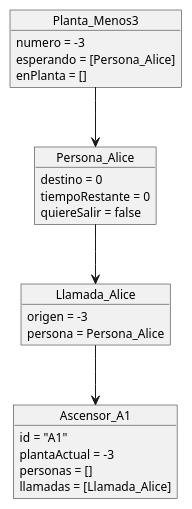
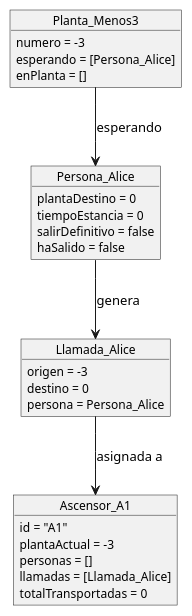
The diagram in modelosUML/MdD/DiagramaObjetos/DiagramaObjetos.puml (celiabecerril/24-25-IdSw2-SDD), drawn with PlantUML before and after one commit. The commit also changed 10 other files, not shown here.

```diff
--- a/modelosUML/MdD/DiagramaObjetos/DiagramaObjetos.puml
+++ b/modelosUML/MdD/DiagramaObjetos/DiagramaObjetos.puml
@@ -1,33 +1,37 @@
 @startuml
 ' =========================
 ' Diagrama de Objetos
 ' =========================
 hide empty members
 hide circle
 skinparam objectFontSize 12
 
 object Planta_Menos3 {
   numero = -3
   esperando = [Persona_Alice]
   enPlanta = []
 }
 object Persona_Alice {
-  destino = 0
-  tiempoRestante = 0
-  quiereSalir = false
+  plantaDestino = 0
+  tiempoEstancia = 0
+  salirDefinitivo = false
+  haSalido = false
 }
 object Llamada_Alice {
   origen = -3
+  destino = 0
   persona = Persona_Alice
 }
 object Ascensor_A1 {
   id = "A1"
   plantaActual = -3
   personas = []
   llamadas = [Llamada_Alice]
+  totalTransportadas = 0
 }
 
-Planta_Menos3 --> Persona_Alice
-Persona_Alice --> Llamada_Alice
-Llamada_Alice --> Ascensor_A1
+Planta_Menos3 --> Persona_Alice : esperando
+Persona_Alice --> Llamada_Alice : genera
+Llamada_Alice --> Ascensor_A1 : asignada a
+
 @enduml
```
